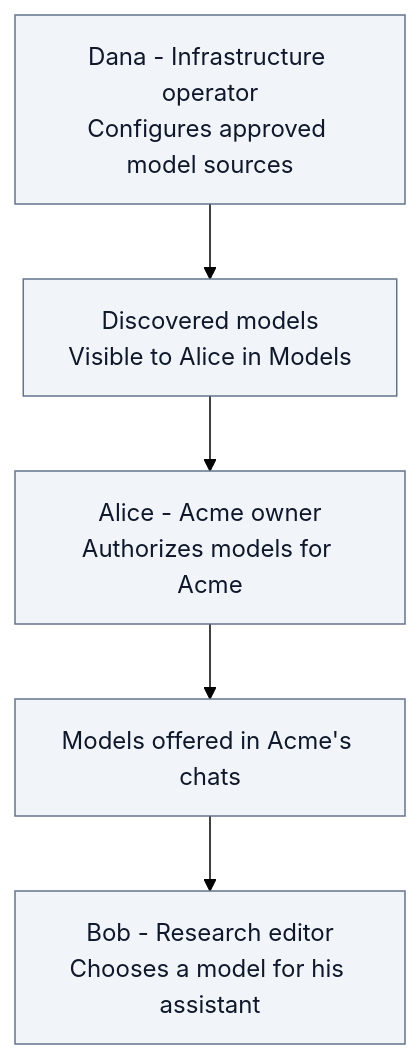
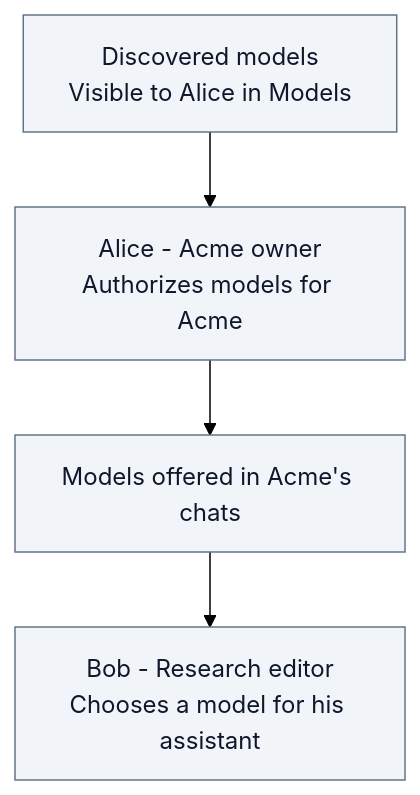
One commit to ThalesGroup/fred changed the first of 3 diagrams in docs/architecture/02.3-agent-administration.md. Above: the diagram before and after it, drawn with Mermaid (forest theme). The commit also changed other lines of this file and 15 other files, not shown here.

````diff
--- a/docs/architecture/02.3-agent-administration.md
+++ b/docs/architecture/02.3-agent-administration.md
@@ -19,12 +19,11 @@
 ```mermaid
 flowchart TB
-    dana["Dana - Infrastructure operator<br/>Configures approved model sources"]
     catalog["Discovered models<br/>Visible to Alice in Models"]
     alice["Alice - Acme owner<br/>Authorizes models for Acme"]
     choices["Models offered in Acme's chats"]
     bob["Bob - Research editor<br/>Chooses a model for his assistant"]
-    dana --> catalog --> alice --> choices --> bob
+    catalog --> alice --> choices --> bob
 
     classDef neutral fill:#F1F5F9,stroke:#64748B,color:#0F172A
-    class dana,catalog,alice,choices,bob neutral
+    class catalog,alice,choices,bob neutral
 ```
````
